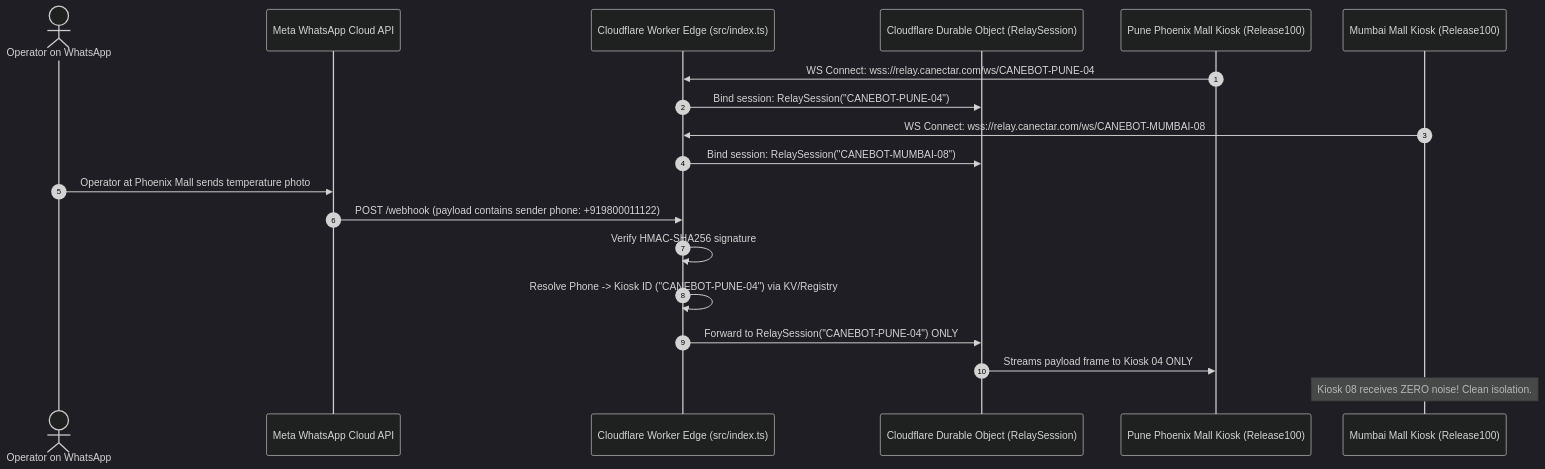
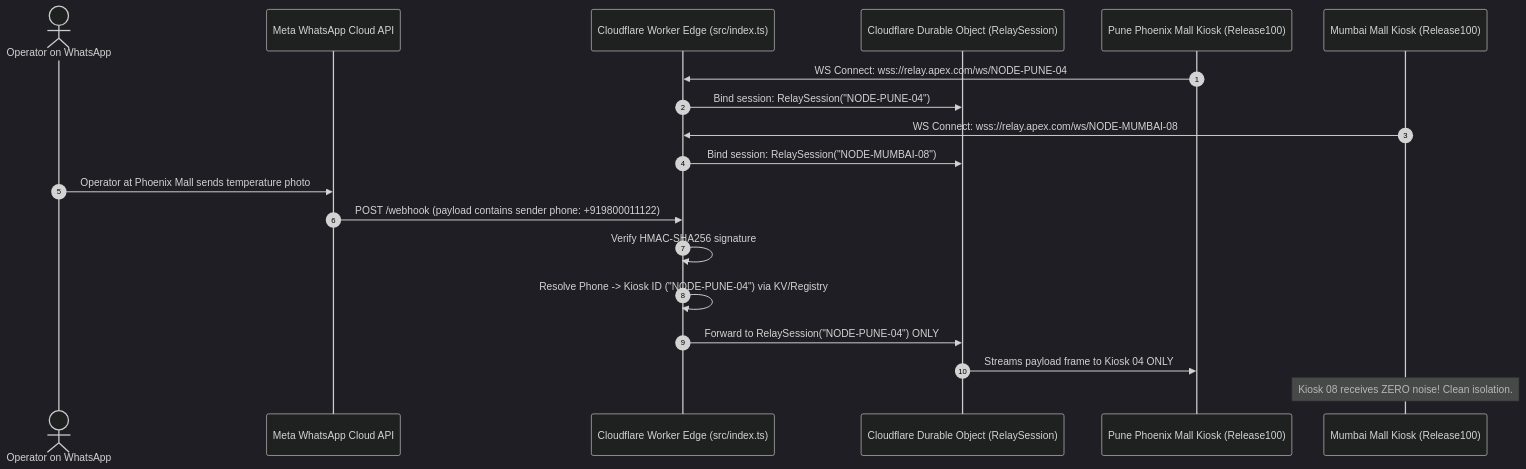
One commit to meetmahendra/Release100 changed the second of 2 diagrams in plans/05_deployment_and_packaging_hub_v1.2.md. Above: the diagram before and after it, drawn with Mermaid (dark theme). The commit also changed other lines of this file and 41 other files, not shown here.

````diff
--- a/plans/05_deployment_and_packaging_hub_v1.2.md
+++ b/plans/05_deployment_and_packaging_hub_v1.2.md
@@ -110,24 +110,24 @@
 ```mermaid
 sequenceDiagram
     autonumber
     actor Worker as Operator on WhatsApp
     participant Meta as Meta WhatsApp Cloud API
     participant CF_Worker as Cloudflare Worker Edge (src/index.ts)
     participant CF_DO as Cloudflare Durable Object (RelaySession)
     participant Kiosk04 as Pune Phoenix Mall Kiosk (Release100)
     participant Kiosk08 as Mumbai Mall Kiosk (Release100)
 
-    Kiosk04->>CF_Worker: WS Connect: wss://relay.canectar.com/ws/CANEBOT-PUNE-04
-    CF_Worker->>CF_DO: Bind session: RelaySession("CANEBOT-PUNE-04")
+    Kiosk04->>CF_Worker: WS Connect: wss://relay.apex.com/ws/NODE-PUNE-04
+    CF_Worker->>CF_DO: Bind session: RelaySession("NODE-PUNE-04")
     
-    Kiosk08->>CF_Worker: WS Connect: wss://relay.canectar.com/ws/CANEBOT-MUMBAI-08
-    CF_Worker->>CF_DO: Bind session: RelaySession("CANEBOT-MUMBAI-08")
+    Kiosk08->>CF_Worker: WS Connect: wss://relay.apex.com/ws/NODE-MUMBAI-08
+    CF_Worker->>CF_DO: Bind session: RelaySession("NODE-MUMBAI-08")
 
     Worker->>Meta: Operator at Phoenix Mall sends temperature photo
     Meta->>CF_Worker: POST /webhook (payload contains sender phone: +919800011122)
     CF_Worker->>CF_Worker: Verify HMAC-SHA256 signature
-    CF_Worker->>CF_Worker: Resolve Phone -> Kiosk ID ("CANEBOT-PUNE-04") via KV/Registry
-    CF_Worker->>CF_DO: Forward to RelaySession("CANEBOT-PUNE-04") ONLY
+    CF_Worker->>CF_Worker: Resolve Phone -> Kiosk ID ("NODE-PUNE-04") via KV/Registry
+    CF_Worker->>CF_DO: Forward to RelaySession("NODE-PUNE-04") ONLY
     CF_DO->>Kiosk04: Streams payload frame to Kiosk 04 ONLY
     Note over Kiosk08: Kiosk 08 receives ZERO noise! Clean isolation.
 ```
````
